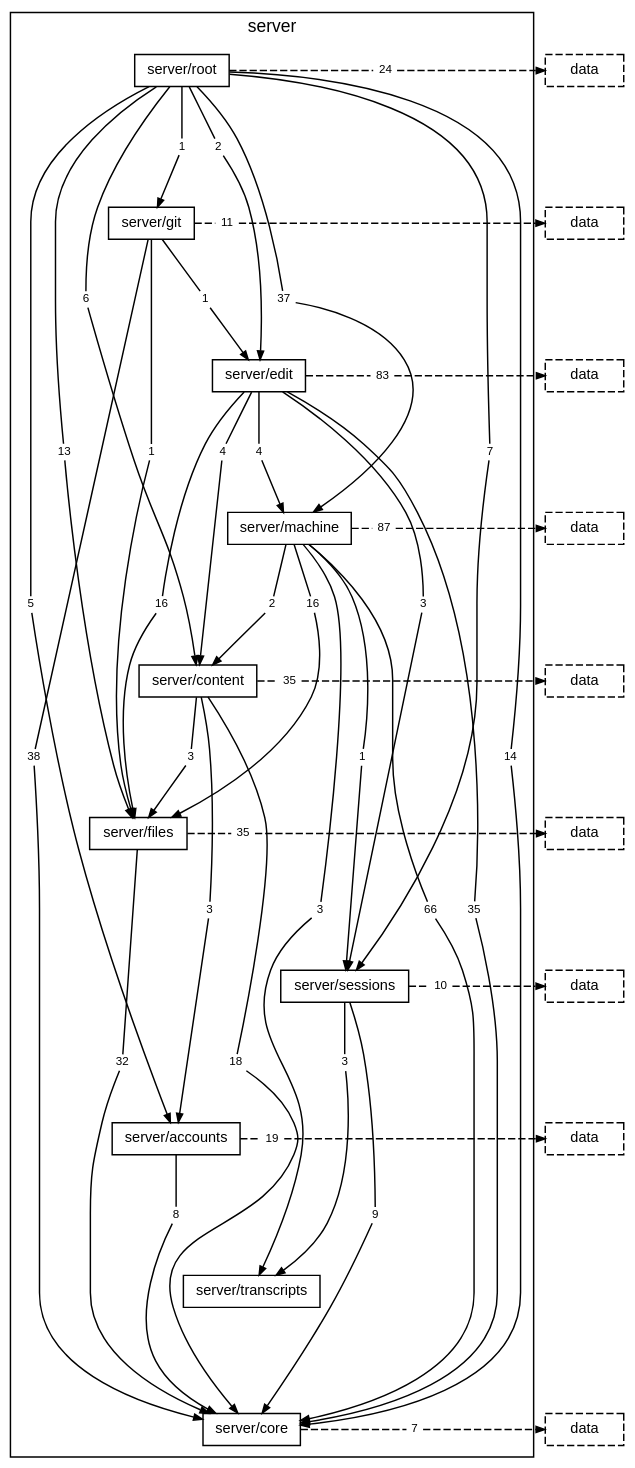
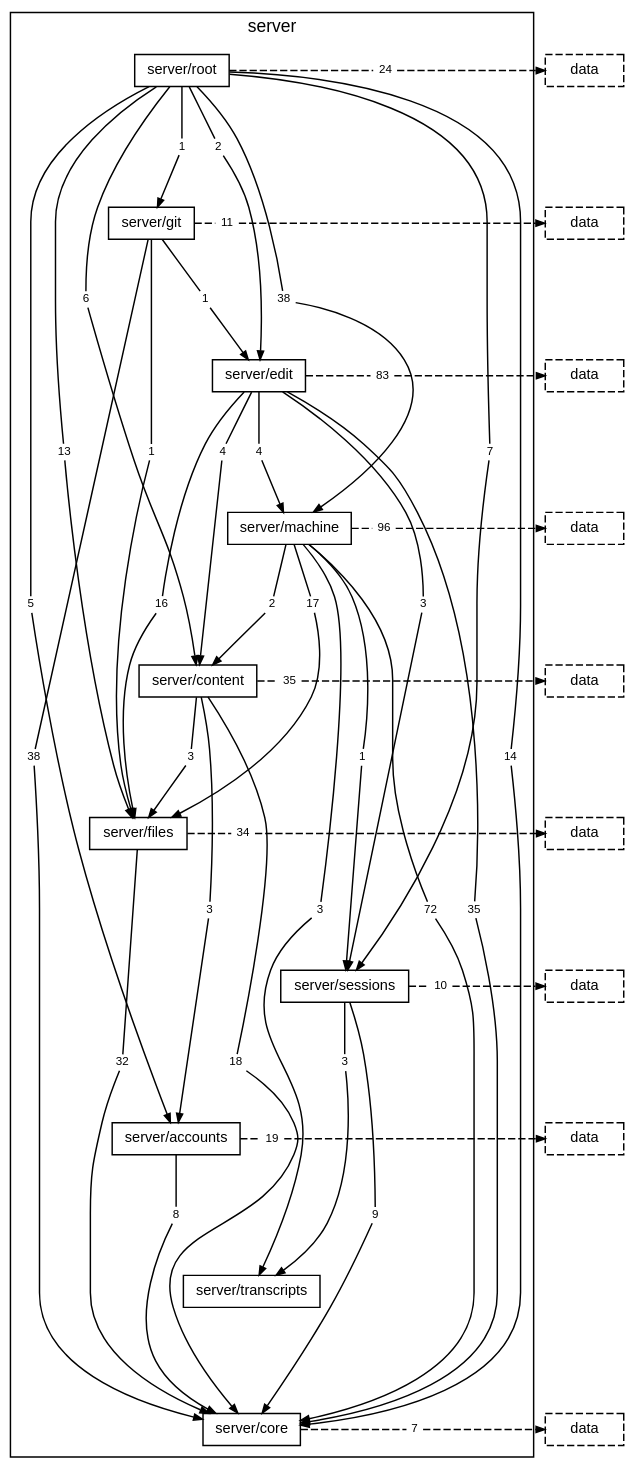
The diagram in docs/diagrams/layer-server.dot (TheAxeC/oculus), drawn with Graphviz before and after one commit. The commit also changed 82 other files, not shown here.

```diff
--- a/docs/diagrams/layer-server.dot
+++ b/docs/diagrams/layer-server.dot
@@ -20,7 +20,7 @@
         "folder server/root to folder server/edit" [label="2", shape=box, color="transparent", fontsize=8, width=0, height=0, margin="0.04,0.02"];
         "folder server/root to folder server/files" [label="13", shape=box, color="transparent", fontsize=8, width=0, height=0, margin="0.04,0.02"];
         "folder server/root to folder server/git" [label="1", shape=box, color="transparent", fontsize=8, width=0, height=0, margin="0.04,0.02"];
-        "folder server/root to folder server/machine" [label="37", shape=box, color="transparent", fontsize=8, width=0, height=0, margin="0.04,0.02"];
+        "folder server/root to folder server/machine" [label="38", shape=box, color="transparent", fontsize=8, width=0, height=0, margin="0.04,0.02"];
         "folder server/root to folder server/sessions" [label="7", shape=box, color="transparent", fontsize=8, width=0, height=0, margin="0.04,0.02"];
         "folder server/root to layer data" [label="24", shape=box, color="transparent", fontsize=8, width=0, height=0, margin="0.04,0.02"];
         "folder server/git to folder server/core" [label="38", shape=box, color="transparent", fontsize=8, width=0, height=0, margin="0.04,0.02"];
@@ -34,17 +34,17 @@
         "folder server/edit to folder server/sessions" [label="3", shape=box, color="transparent", fontsize=8, width=0, height=0, margin="0.04,0.02"];
         "folder server/edit to layer data" [label="83", shape=box, color="transparent", fontsize=8, width=0, height=0, margin="0.04,0.02"];
         "folder server/machine to folder server/content" [label="2", shape=box, color="transparent", fontsize=8, width=0, height=0, margin="0.04,0.02"];
-        "folder server/machine to folder server/core" [label="66", shape=box, color="transparent", fontsize=8, width=0, height=0, margin="0.04,0.02"];
-        "folder server/machine to folder server/files" [label="16", shape=box, color="transparent", fontsize=8, width=0, height=0, margin="0.04,0.02"];
+        "folder server/machine to folder server/core" [label="72", shape=box, color="transparent", fontsize=8, width=0, height=0, margin="0.04,0.02"];
+        "folder server/machine to folder server/files" [label="17", shape=box, color="transparent", fontsize=8, width=0, height=0, margin="0.04,0.02"];
         "folder server/machine to folder server/sessions" [label="1", shape=box, color="transparent", fontsize=8, width=0, height=0, margin="0.04,0.02"];
         "folder server/machine to folder server/transcripts" [label="3", shape=box, color="transparent", fontsize=8, width=0, height=0, margin="0.04,0.02"];
-        "folder server/machine to layer data" [label="87", shape=box, color="transparent", fontsize=8, width=0, height=0, margin="0.04,0.02"];
+        "folder server/machine to layer data" [label="96", shape=box, color="transparent", fontsize=8, width=0, height=0, margin="0.04,0.02"];
         "folder server/content to folder server/accounts" [label="3", shape=box, color="transparent", fontsize=8, width=0, height=0, margin="0.04,0.02"];
         "folder server/content to folder server/core" [label="18", shape=box, color="transparent", fontsize=8, width=0, height=0, margin="0.04,0.02"];
         "folder server/content to folder server/files" [label="3", shape=box, color="transparent", fontsize=8, width=0, height=0, margin="0.04,0.02"];
         "folder server/content to layer data" [label="35", shape=box, color="transparent", fontsize=8, width=0, height=0, margin="0.04,0.02"];
         "folder server/files to folder server/core" [label="32", shape=box, color="transparent", fontsize=8, width=0, height=0, margin="0.04,0.02"];
-        "folder server/files to layer data" [label="35", shape=box, color="transparent", fontsize=8, width=0, height=0, margin="0.04,0.02"];
+        "folder server/files to layer data" [label="34", shape=box, color="transparent", fontsize=8, width=0, height=0, margin="0.04,0.02"];
         "folder server/sessions to folder server/core" [label="9", shape=box, color="transparent", fontsize=8, width=0, height=0, margin="0.04,0.02"];
         "folder server/sessions to folder server/transcripts" [label="3", shape=box, color="transparent", fontsize=8, width=0, height=0, margin="0.04,0.02"];
         "folder server/sessions to layer data" [label="10", shape=box, color="transparent", fontsize=8, width=0, height=0, margin="0.04,0.02"];
```
